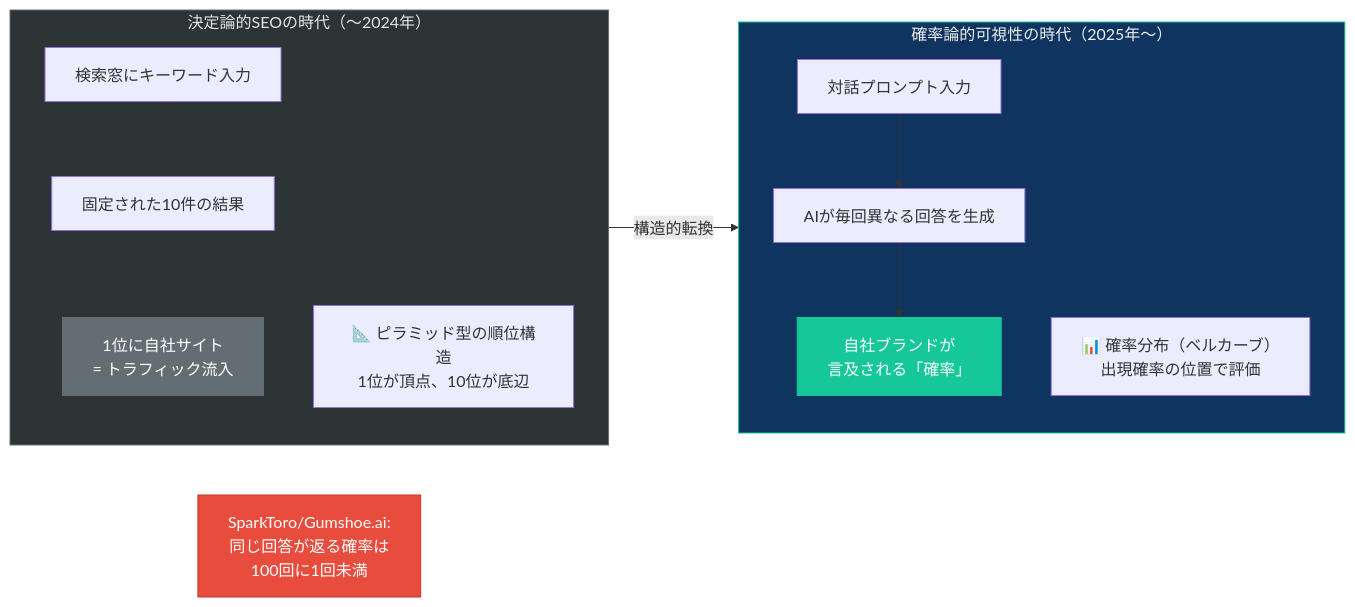
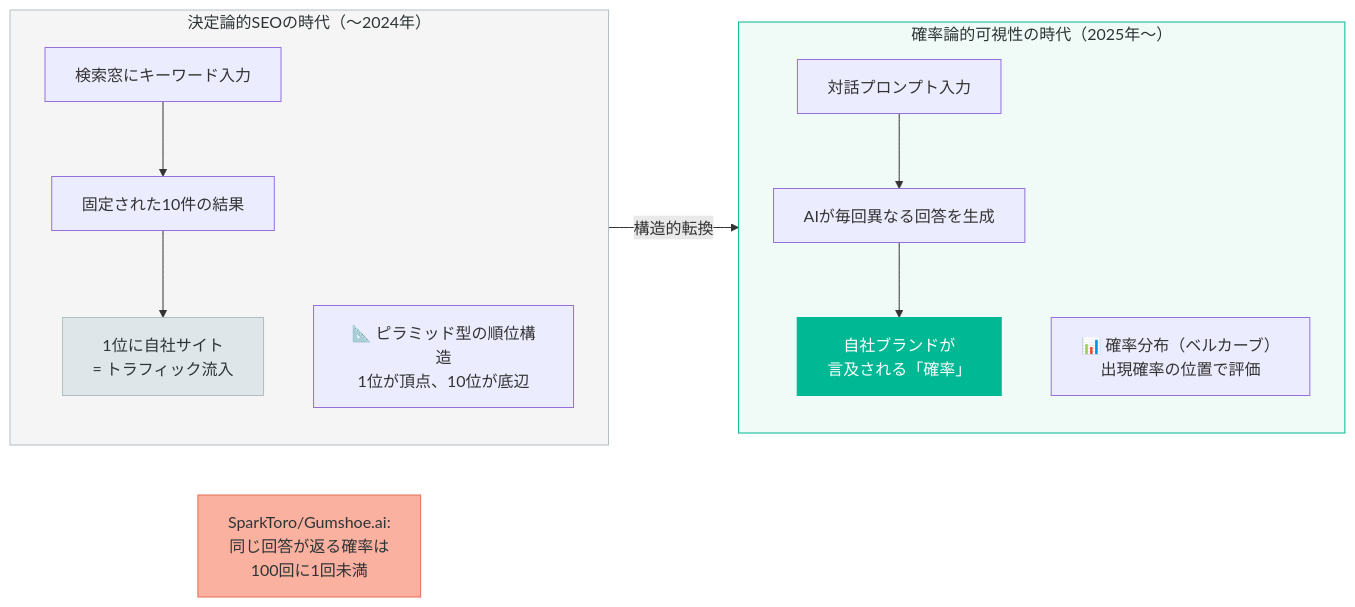
One commit to Leading-AI-IO/advertising-redesigned changed the eighth of 9 diagrams in docs/jp/advertising_redesigned_jp.md. Above: the diagram before and after it, drawn with Mermaid. The commit also changed other lines of this file, not shown here.

````diff
--- a/docs/jp/advertising_redesigned_jp.md
+++ b/docs/jp/advertising_redesigned_jp.md
@@ -1163,30 +1163,30 @@
 ```mermaid
 flowchart LR
     subgraph DETERMINISTIC["決定論的SEOの時代（〜2024年）"]
         direction TB
         D1["検索窓にキーワード入力"]
         D2["固定された10件の結果"]
         D3["1位に自社サイト\n= トラフィック流入"]
         D1 --> D2 --> D3
         D_SHAPE["📐 ピラミッド型の順位構造\n1位が頂点、10位が底辺"]
     end
 
     subgraph PROBABILISTIC["確率論的可視性の時代（2025年〜）"]
         direction TB
         P1["対話プロンプト入力"]
         P2["AIが毎回異なる回答を生成"]
         P3["自社ブランドが\n言及される「確率」"]
         P1 --> P2 --> P3
         P_SHAPE["📊 確率分布（ベルカーブ）\n出現確率の位置で評価"]
     end
 
     DETERMINISTIC -- "構造的転換" --> PROBABILISTIC
 
     STAT["SparkToro/Gumshoe.ai:\n同じ回答が返る確率は\n100回に1回未満"]
 
-    style DETERMINISTIC fill:#2d3436,stroke:#636e72,color:#dfe6e9
-    style PROBABILISTIC fill:#0f3460,stroke:#16c79a,color:#eee
-    style STAT fill:#e74c3c,stroke:#c0392b,color:#fff
-    style D3 fill:#636e72,stroke:#636e72,color:#fff
-    style P3 fill:#16c79a,stroke:#16c79a,color:#fff
+    style DETERMINISTIC fill:#f5f5f5,stroke:#b2bec3,color:#2d3436
+    style PROBABILISTIC fill:#f0faf6,stroke:#00b894,color:#2d3436
+    style STAT fill:#fab1a0,stroke:#e17055,color:#2d3436
+    style D3 fill:#dfe6e9,stroke:#b2bec3,color:#2d3436
+    style P3 fill:#00b894,stroke:#00b894,color:#fff
 ```
````
